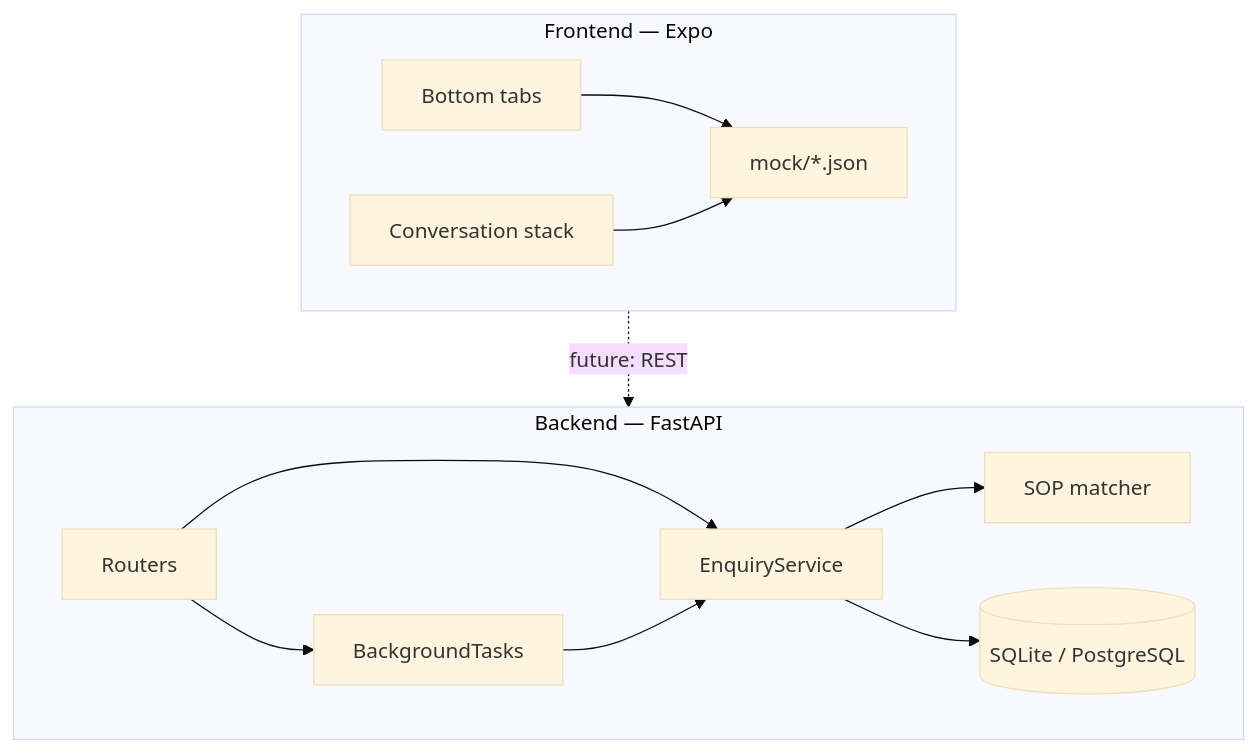
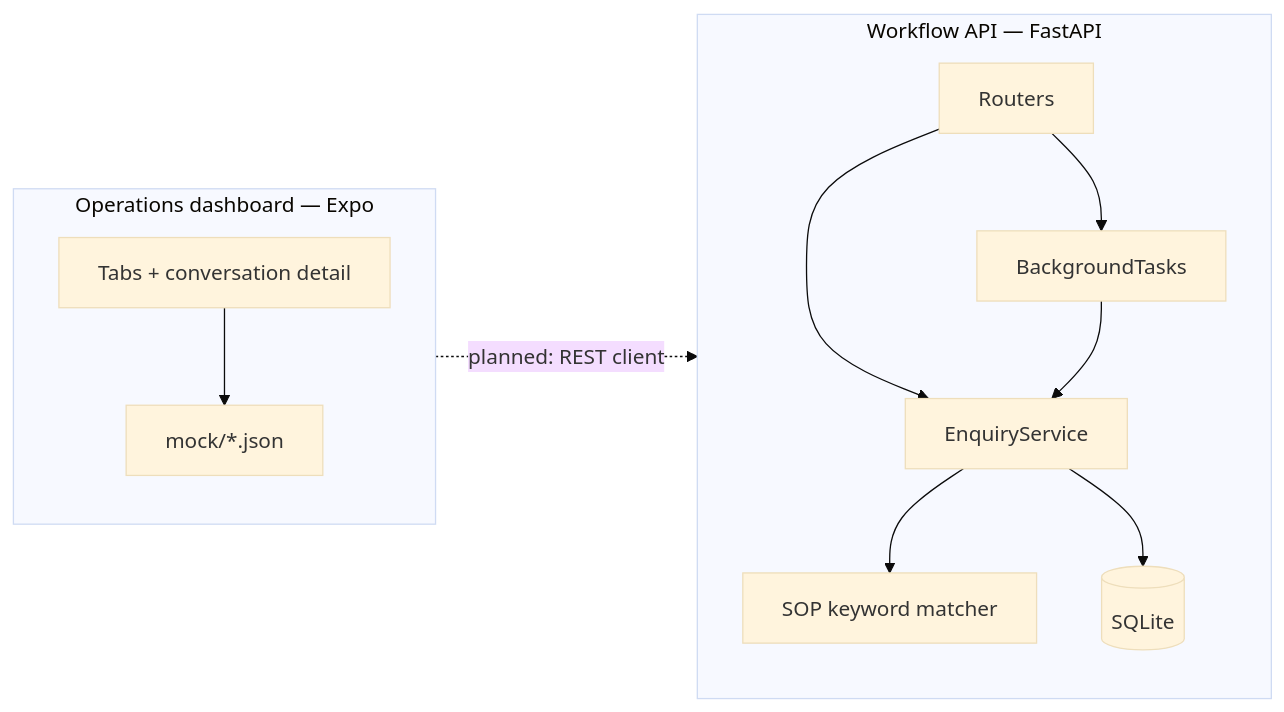
Before and after one commit to HarshYadav1711/SignalDesk: the diagram in README.md, drawn with Mermaid (base theme). The commit also changed other lines of this file and 5 other files, not shown here.

````diff
--- a/README.md
+++ b/README.md
@@ -86,24 +54,23 @@
 ```mermaid
-flowchart TB
-  subgraph client [Frontend — Expo]
-    Tabs[Bottom tabs]
-    Stack[Conversation stack]
+flowchart LR
+  subgraph ops [Operations dashboard — Expo]
+    UI[Tabs + conversation detail]
     Mock[mock/*.json]
-    Tabs --> Mock
-    Stack --> Mock
+    UI --> Mock
   end
 
-  subgraph api [Backend — FastAPI]
-    R[Routers]
-    S[EnquiryService]
+  subgraph core [Workflow API — FastAPI]
+    API[Routers]
+    SVC[EnquiryService]
     BG[BackgroundTasks]
-    M[SOP matcher]
-    R --> S
-    R --> BG
-    BG --> S
-    S --> M
-    S --> DB[(SQLite / PostgreSQL)]
+    SOP[SOP keyword matcher]
+    DB[(SQLite)]
+    API --> SVC
+    API --> BG
+    BG --> SVC
+    SVC --> SOP
+    SVC --> DB
   end
 
-  client -.->|future: REST| api
+  ops -.->|planned: REST client| core
 ```
````
